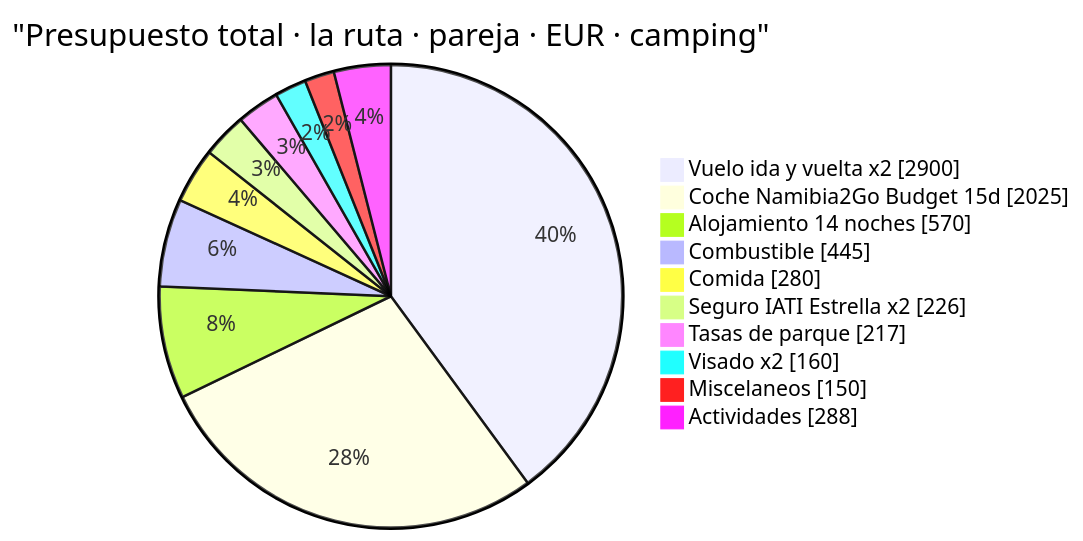
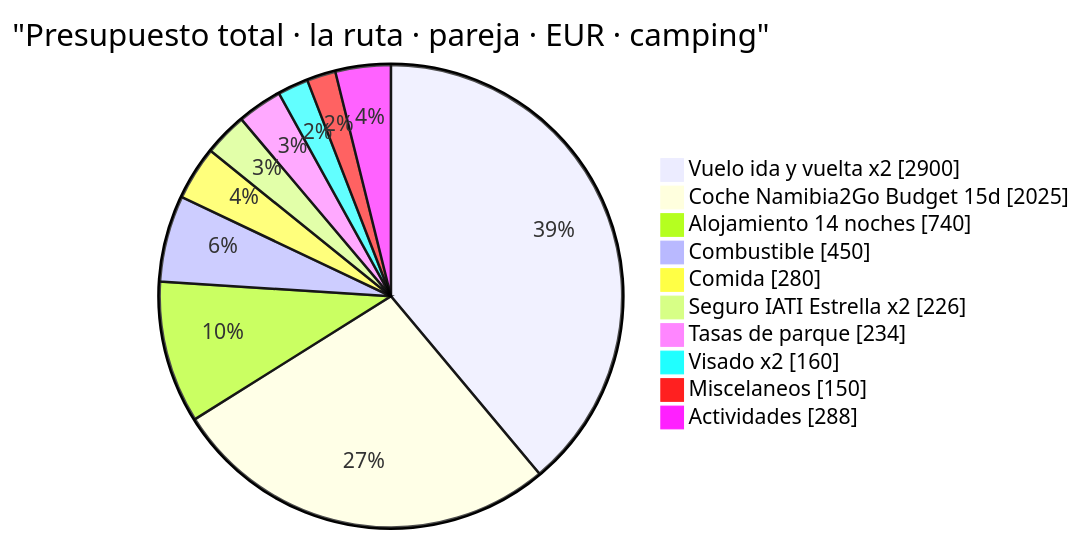
The first of 8 diagrams in 02-presupuesto.md (morandeirachema/namibia), drawn with Mermaid before and after one commit. The commit also changed other lines of this file and 22 other files, not shown here.

````diff
--- a/02-presupuesto.md
+++ b/02-presupuesto.md
@@ -48,14 +48,14 @@
 ```mermaid
 pie showData
     title "Presupuesto total · la ruta · pareja · EUR · camping"
     "Vuelo ida y vuelta x2" : 2900
     "Coche Namibia2Go Budget 15d" : 2025
-    "Alojamiento 14 noches" : 570
-    "Combustible" : 445
+    "Alojamiento 14 noches" : 740
+    "Combustible" : 450
     "Comida" : 280
     "Seguro IATI Estrella x2" : 226
-    "Tasas de parque" : 217
+    "Tasas de parque" : 234
     "Visado x2" : 160
     "Miscelaneos" : 150
     "Actividades" : 288
 ```
````
